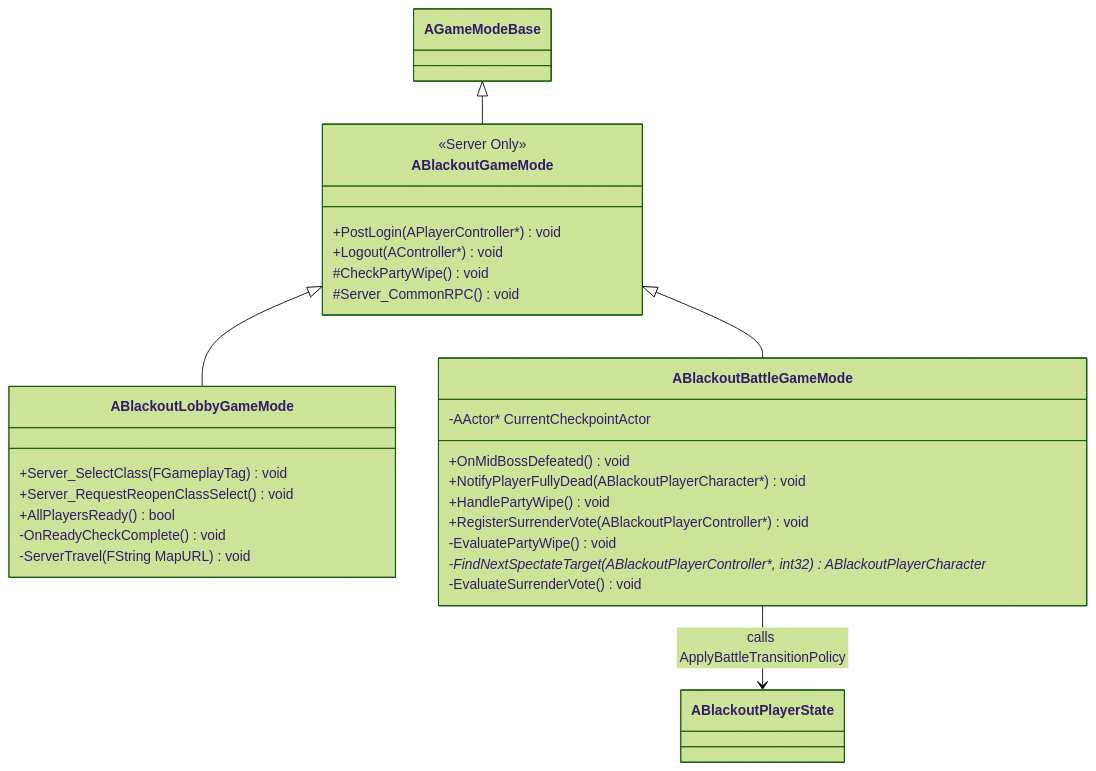
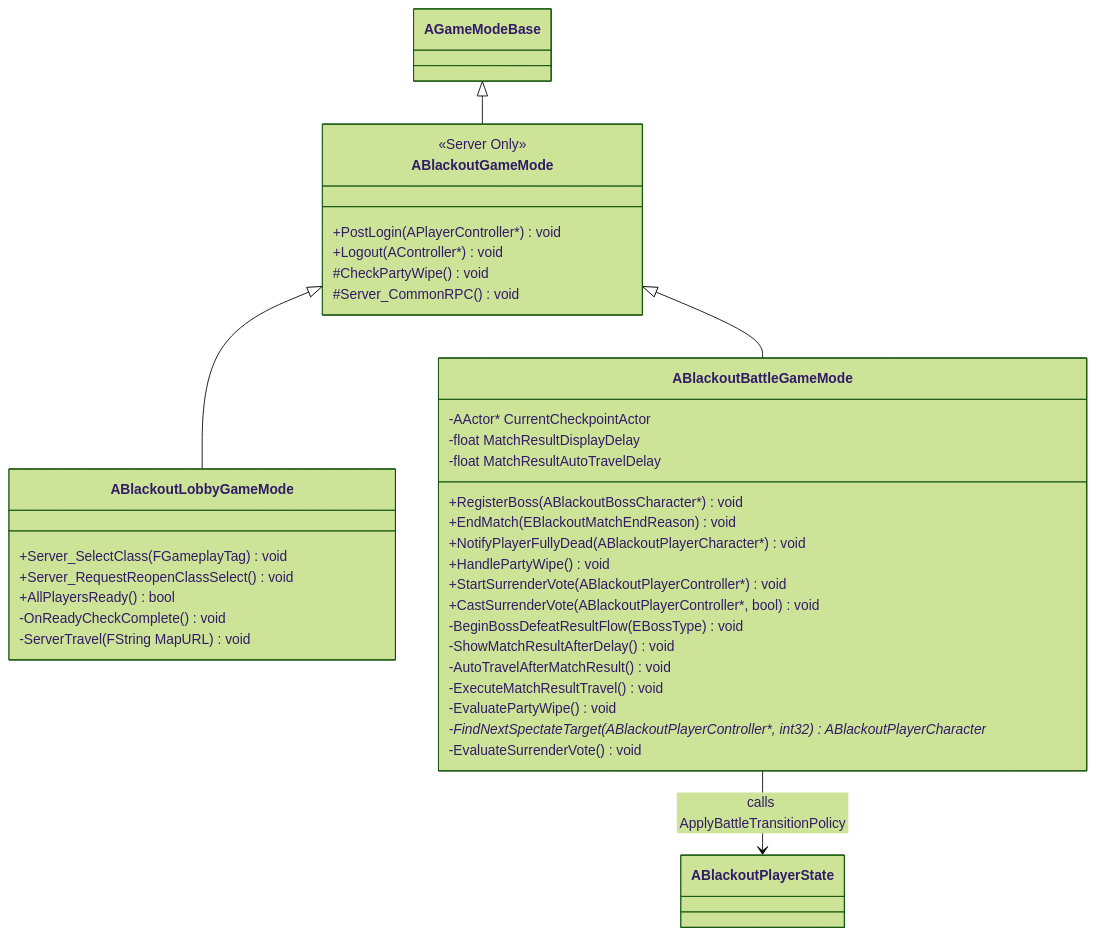
The second of 15 diagrams in Docs/Project_Blackout_클래스다이어그램.md (seongwon1579/ProjectBlackout), drawn with Mermaid (forest theme) before and after one commit. The commit also changed other lines of this file and 24 other files, not shown here.

Commit message:
Docs: 클래스 다이어그램 최신화

````diff
--- a/Docs/Project_Blackout_클래스다이어그램.md
+++ b/Docs/Project_Blackout_클래스다이어그램.md
@@ -59,37 +86,45 @@
 ```mermaid
 classDiagram
     direction TB
 
     AGameModeBase <|-- ABlackoutGameMode
     ABlackoutGameMode <|-- ABlackoutLobbyGameMode
     ABlackoutGameMode <|-- ABlackoutBattleGameMode
 
     ABlackoutBattleGameMode --> ABlackoutPlayerState : calls ApplyBattleTransitionPolicy
 
     class ABlackoutGameMode {
         <<Server Only>>
         +PostLogin(APlayerController*) void
         +Logout(AController*) void
         #CheckPartyWipe() void
         #Server_CommonRPC() void
     }
 
     class ABlackoutLobbyGameMode {
         +Server_SelectClass(FGameplayTag) void
         +Server_RequestReopenClassSelect() void
         +AllPlayersReady() bool
         -OnReadyCheckComplete() void
         -ServerTravel(FString MapURL) void
     }
 
     class ABlackoutBattleGameMode {
         -AActor* CurrentCheckpointActor
-        +OnMidBossDefeated() void
+        -float MatchResultDisplayDelay
+        -float MatchResultAutoTravelDelay
+        +RegisterBoss(ABlackoutBossCharacter*) void
+        +EndMatch(EBlackoutMatchEndReason) void
         +NotifyPlayerFullyDead(ABlackoutPlayerCharacter*) void
         +HandlePartyWipe() void
-        +RegisterSurrenderVote(ABlackoutPlayerController*) void
+        +StartSurrenderVote(ABlackoutPlayerController*) void
+        +CastSurrenderVote(ABlackoutPlayerController*, bool) void
+        -BeginBossDefeatResultFlow(EBossType) void
+        -ShowMatchResultAfterDelay() void
+        -AutoTravelAfterMatchResult() void
+        -ExecuteMatchResultTravel() void
         -EvaluatePartyWipe() void
         -FindNextSpectateTarget(ABlackoutPlayerController*, int32) ABlackoutPlayerCharacter*
         -EvaluateSurrenderVote() void
     }
 ```
````
